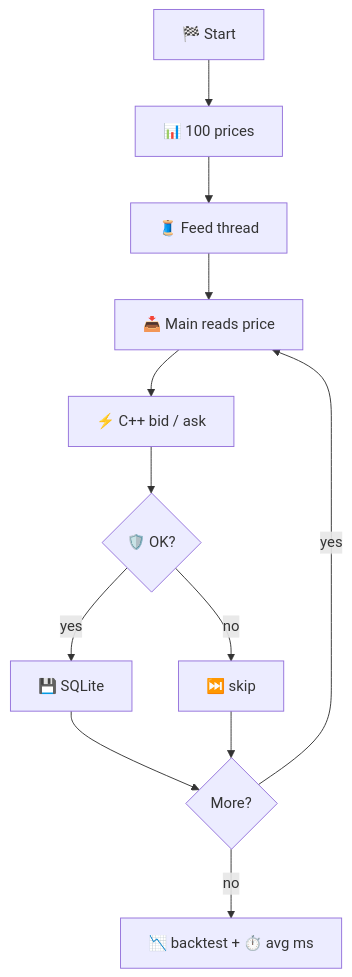
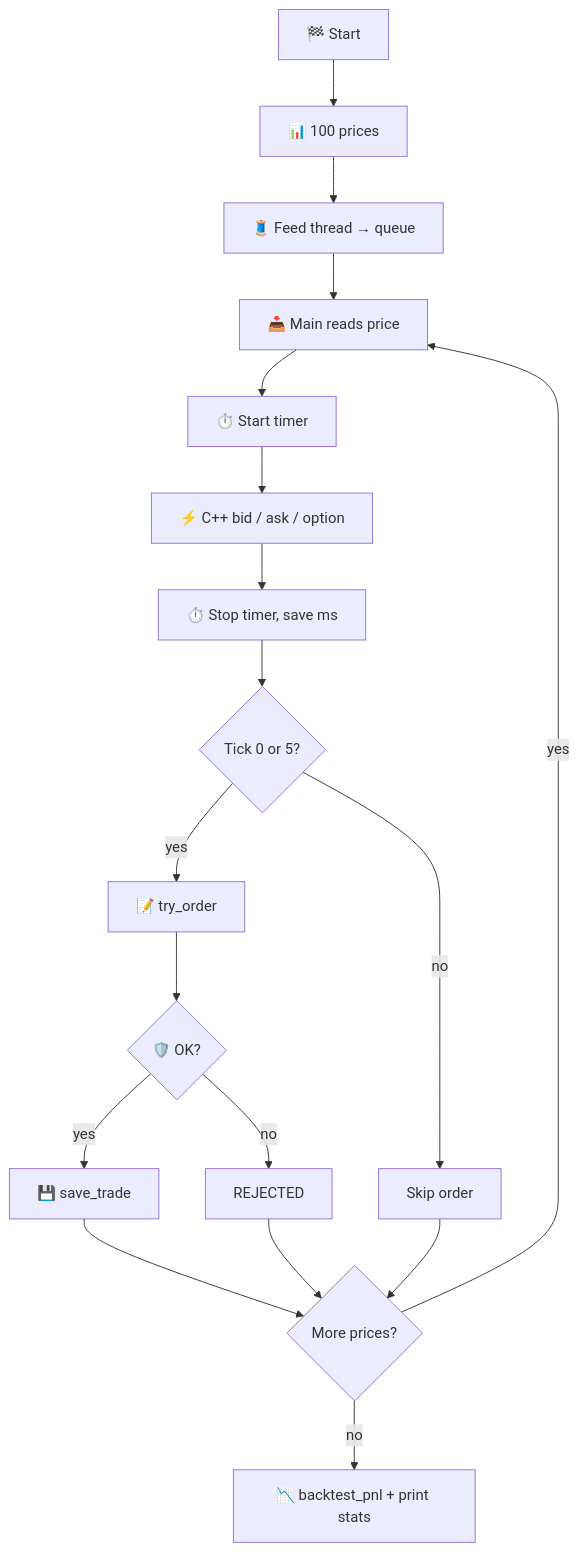
The diagram in README.md (najibna/Trading-engine), drawn with Mermaid before and after one commit. The commit also changed other lines of this file, not shown here.

````diff
--- a/README.md
+++ b/README.md
@@ -56,14 +120,20 @@
 ```mermaid
 flowchart TD
   A[🏁 Start] --> B[📊 100 prices]
-  B --> C[🧵 Feed thread]
+  B --> C[🧵 Feed thread → queue]
   C --> D[📥 Main reads price]
-  D --> E[⚡ C++ bid / ask]
-  E --> F{🛡️ OK?}
-  F -->|yes| G[💾 SQLite]
-  F -->|no| H[⏭️ skip]
-  G --> I{More?}
-  H --> I
-  I -->|yes| D
-  I -->|no| J[📉 backtest + ⏱️ avg ms]
+  D --> E[⏱️ Start timer]
+  E --> F[⚡ C++ bid / ask / option]
+  F --> G[⏱️ Stop timer, save ms]
+  G --> H{Tick 0 or 5?}
+  H -->|yes| I[📝 try_order]
+  H -->|no| J[Skip order]
+  I --> K{🛡️ OK?}
+  K -->|yes| L[💾 save_trade]
+  K -->|no| M[REJECTED]
+  L --> N{More prices?}
+  M --> N
+  J --> N
+  N -->|yes| D
+  N -->|no| O[📉 backtest_pnl + print stats]
 ```
````
